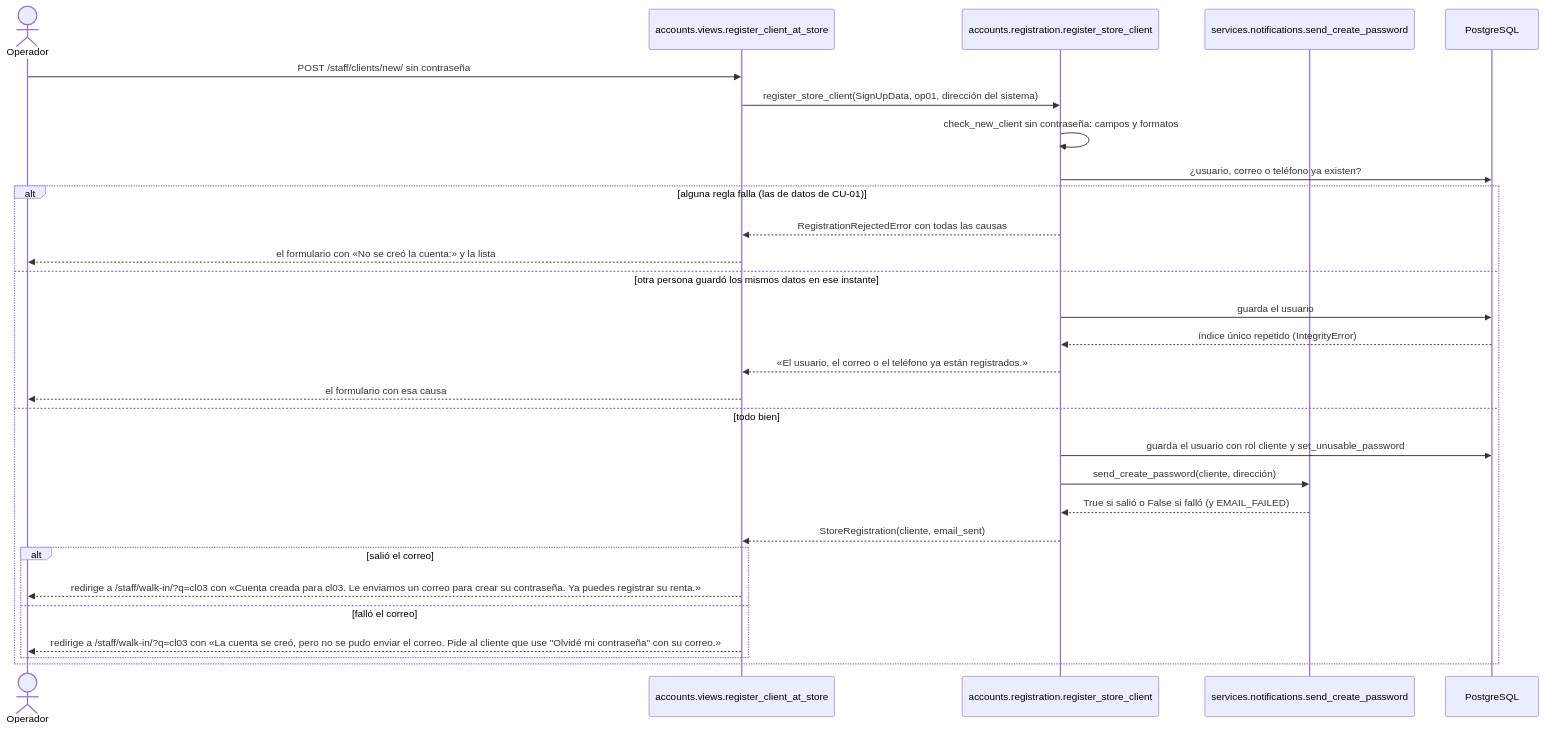
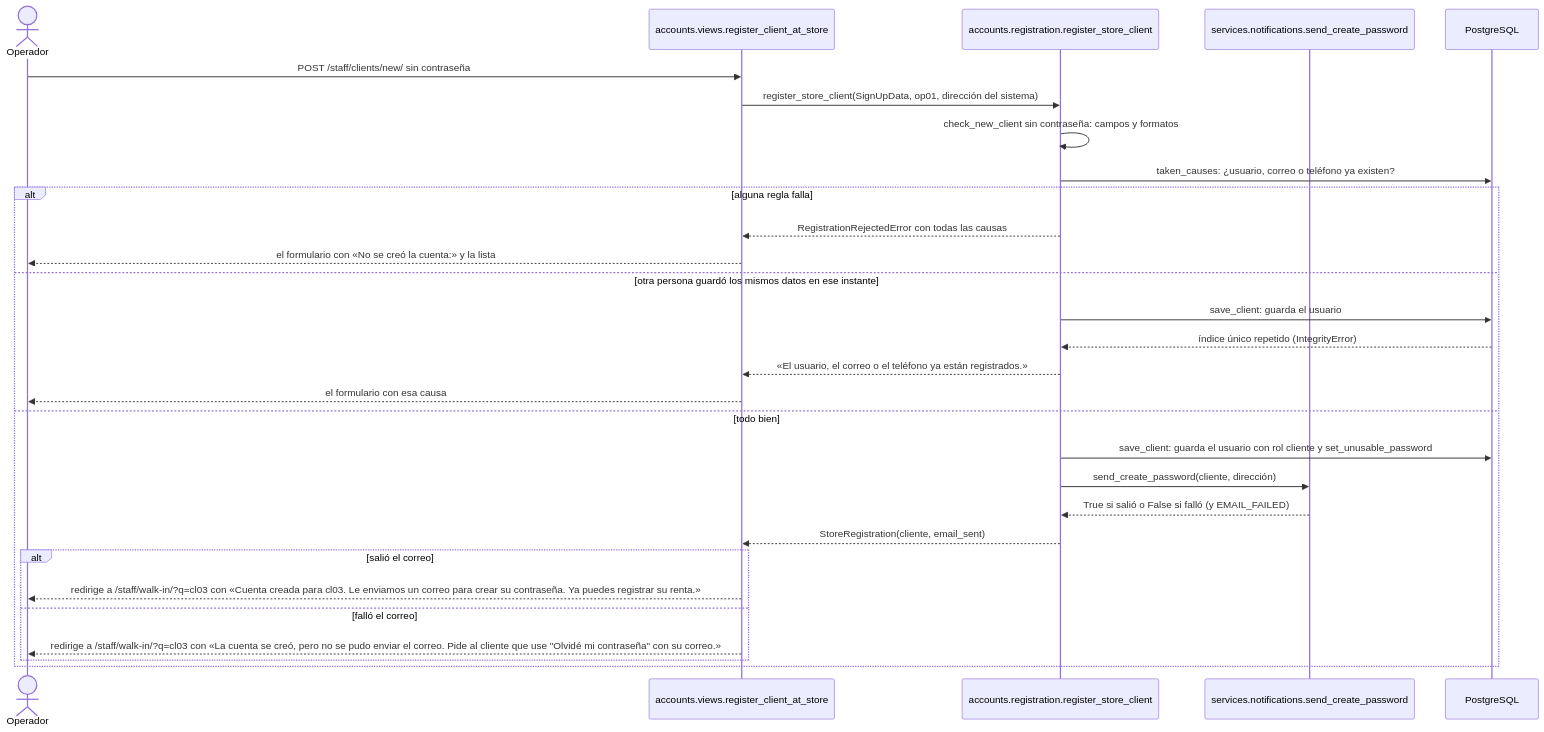
Before and after one commit to peterteranb/astra-rent-system: the fifth of 39 diagrams in docs/casos-de-uso.md, drawn with Mermaid. The commit also changed other lines of this file and 9 other files, not shown here.

````diff
--- a/docs/casos-de-uso.md
+++ b/docs/casos-de-uso.md
@@ -209,31 +296,31 @@
 ```mermaid
 sequenceDiagram
     actor O as Operador
     participant V as accounts.views.register_client_at_store
     participant U as accounts.registration.register_store_client
     participant N as services.notifications.send_create_password
     participant BD as PostgreSQL
     O->>V: POST /staff/clients/new/ sin contraseña
     V->>U: register_store_client(SignUpData, op01, dirección del sistema)
     U->>U: check_new_client sin contraseña: campos y formatos
-    U->>BD: ¿usuario, correo o teléfono ya existen?
-    alt alguna regla falla (las de datos de CU-01)
+    U->>BD: taken_causes: ¿usuario, correo o teléfono ya existen?
+    alt alguna regla falla
         U-->>V: RegistrationRejectedError con todas las causas
         V-->>O: el formulario con «No se creó la cuenta:» y la lista
     else otra persona guardó los mismos datos en ese instante
-        U->>BD: guarda el usuario
+        U->>BD: save_client: guarda el usuario
         BD-->>U: índice único repetido (IntegrityError)
         U-->>V: «El usuario, el correo o el teléfono ya están registrados.»
         V-->>O: el formulario con esa causa
     else todo bien
-        U->>BD: guarda el usuario con rol cliente y set_unusable_password
+        U->>BD: save_client: guarda el usuario con rol cliente y set_unusable_password
         U->>N: send_create_password(cliente, dirección)
         N-->>U: True si salió o False si falló (y EMAIL_FAILED)
         U-->>V: StoreRegistration(cliente, email_sent)
         alt salió el correo
             V-->>O: redirige a /staff/walk-in/?q=cl03 con «Cuenta creada para cl03. Le enviamos un correo para crear su contraseña. Ya puedes registrar su renta.»
         else falló el correo
             V-->>O: redirige a /staff/walk-in/?q=cl03 con «La cuenta se creó, pero no se pudo enviar el correo. Pide al cliente que use "Olvidé mi contraseña" con su correo.»
         end
     end
 ```
````
